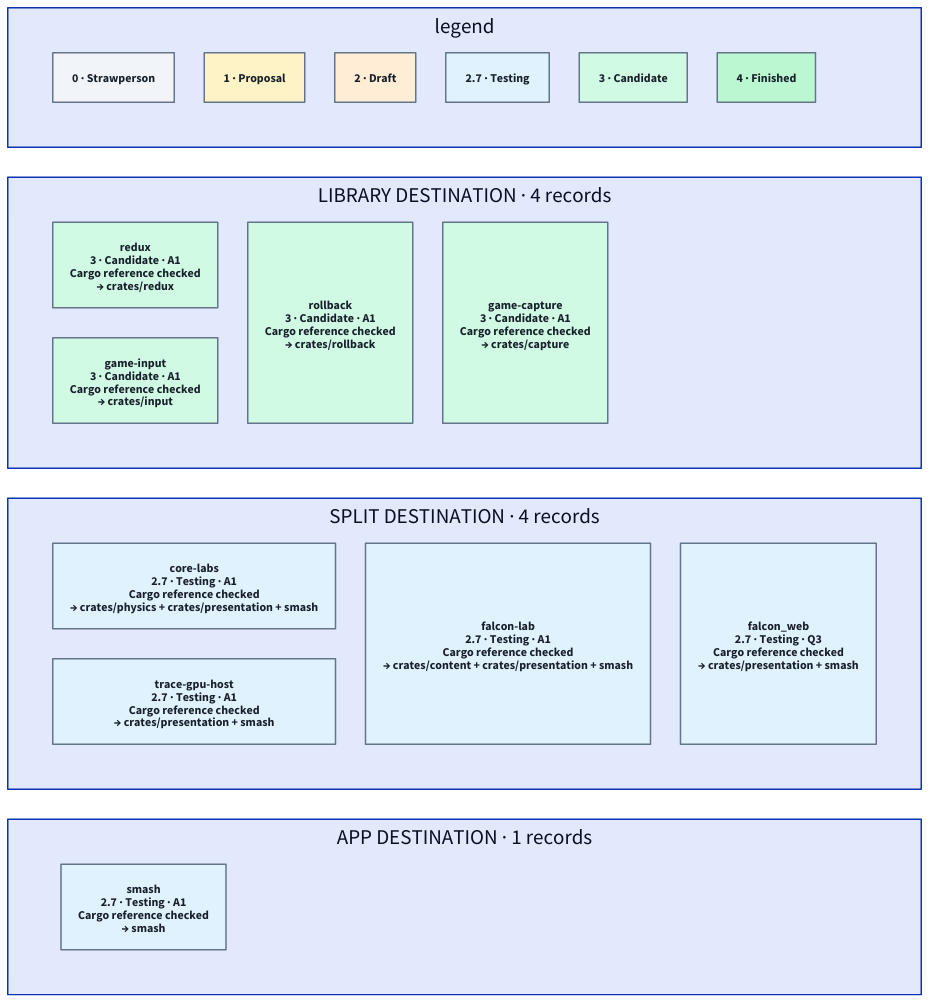
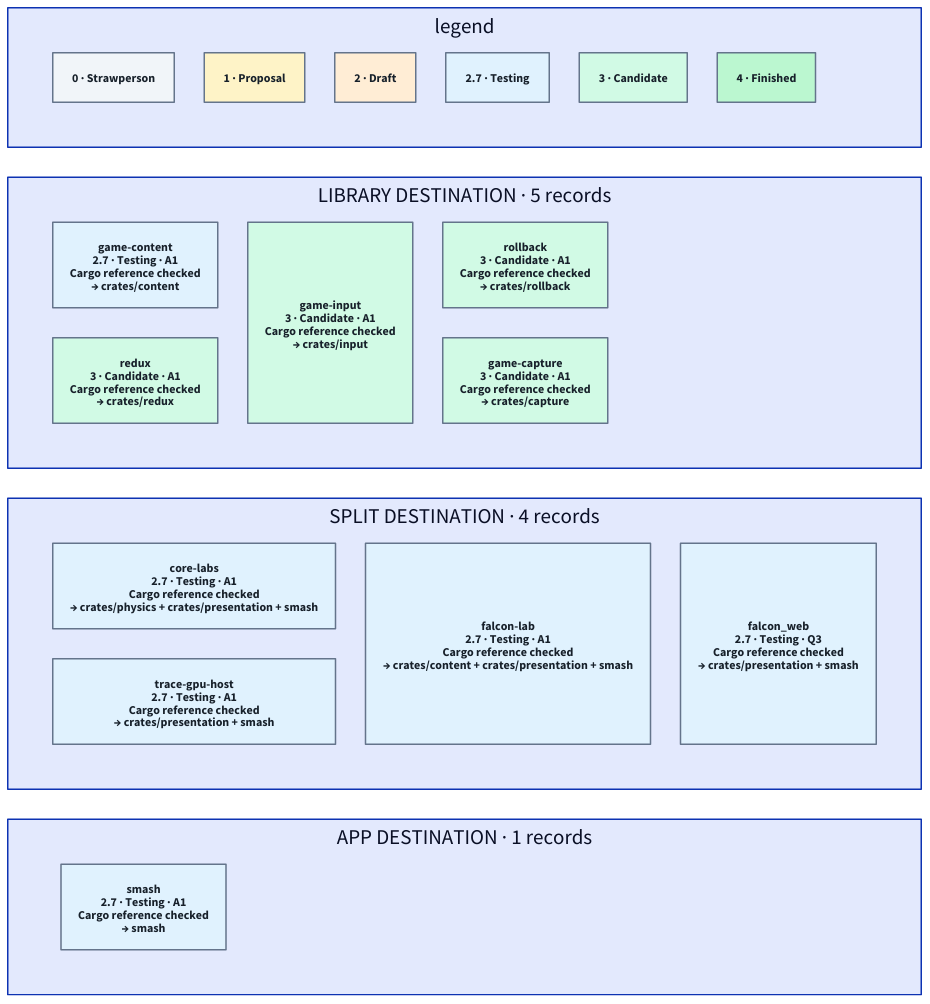
Before and after one commit to hafley66/hafley-rs: the diagram in games/classification/3_registry.d2, drawn with D2. The commit also changed 21 other files, not shown here.

```diff
--- a/games/classification/3_registry.d2
+++ b/games/classification/3_registry.d2
@@ -1,30 +1,31 @@
 # Generated from 1_registry.tsp. Do not edit.
 label: "05 · CHECKED CRATE INVENTORY / TC39-style promotion stages"
 grid-columns: 1
 legend: {
 grid-columns: 6
 s0: "0 · Strawperson" {style.fill: "#F1F5F9"; style.font-color: "#17202A"; style.stroke: "#64748B"}
 s1: "1 · Proposal" {style.fill: "#FEF3C7"; style.font-color: "#17202A"; style.stroke: "#64748B"}
 s2: "2 · Draft" {style.fill: "#FFEDD5"; style.font-color: "#17202A"; style.stroke: "#64748B"}
 s3: "2.7 · Testing" {style.fill: "#E0F2FE"; style.font-color: "#17202A"; style.stroke: "#64748B"}
 s4: "3 · Candidate" {style.fill: "#D1FAE5"; style.font-color: "#17202A"; style.stroke: "#64748B"}
 s5: "4 · Finished" {style.fill: "#BBF7D0"; style.font-color: "#17202A"; style.stroke: "#64748B"}
 }
-library: "LIBRARY DESTINATION · 4 records" {
+library: "LIBRARY DESTINATION · 5 records" {
 grid-columns: 3
+"game-content": "game-content\n2.7 · Testing · A1\nCargo reference checked\n→ crates/content" {style.fill: "#E0F2FE"; style.font-color: "#17202A"; style.stroke: "#64748B"}
 "redux": "redux\n3 · Candidate · A1\nCargo reference checked\n→ crates/redux" {style.fill: "#D1FAE5"; style.font-color: "#17202A"; style.stroke: "#64748B"}
 "game-input": "game-input\n3 · Candidate · A1\nCargo reference checked\n→ crates/input" {style.fill: "#D1FAE5"; style.font-color: "#17202A"; style.stroke: "#64748B"}
 "rollback": "rollback\n3 · Candidate · A1\nCargo reference checked\n→ crates/rollback" {style.fill: "#D1FAE5"; style.font-color: "#17202A"; style.stroke: "#64748B"}
 "game-capture": "game-capture\n3 · Candidate · A1\nCargo reference checked\n→ crates/capture" {style.fill: "#D1FAE5"; style.font-color: "#17202A"; style.stroke: "#64748B"}
 }
 split: "SPLIT DESTINATION · 4 records" {
 grid-columns: 3
 "core-labs": "core-labs\n2.7 · Testing · A1\nCargo reference checked\n→ crates/physics + crates/presentation + smash" {style.fill: "#E0F2FE"; style.font-color: "#17202A"; style.stroke: "#64748B"}
 "trace-gpu-host": "trace-gpu-host\n2.7 · Testing · A1\nCargo reference checked\n→ crates/presentation + smash" {style.fill: "#E0F2FE"; style.font-color: "#17202A"; style.stroke: "#64748B"}
 "falcon-lab": "falcon-lab\n2.7 · Testing · A1\nCargo reference checked\n→ crates/content + crates/presentation + smash" {style.fill: "#E0F2FE"; style.font-color: "#17202A"; style.stroke: "#64748B"}
 "falcon_web": "falcon_web\n2.7 · Testing · Q3\nCargo reference checked\n→ crates/presentation + smash" {style.fill: "#E0F2FE"; style.font-color: "#17202A"; style.stroke: "#64748B"}
 }
 app: "APP DESTINATION · 1 records" {
 grid-columns: 3
 "smash": "smash\n2.7 · Testing · A1\nCargo reference checked\n→ smash" {style.fill: "#E0F2FE"; style.font-color: "#17202A"; style.stroke: "#64748B"}
 }
```
